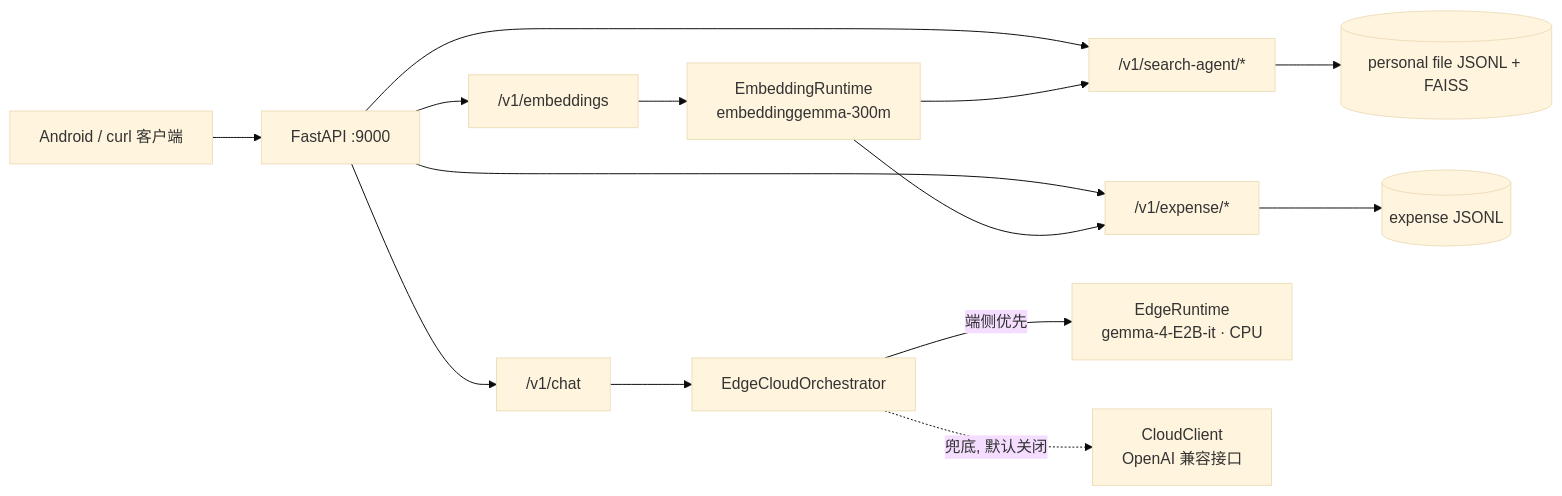
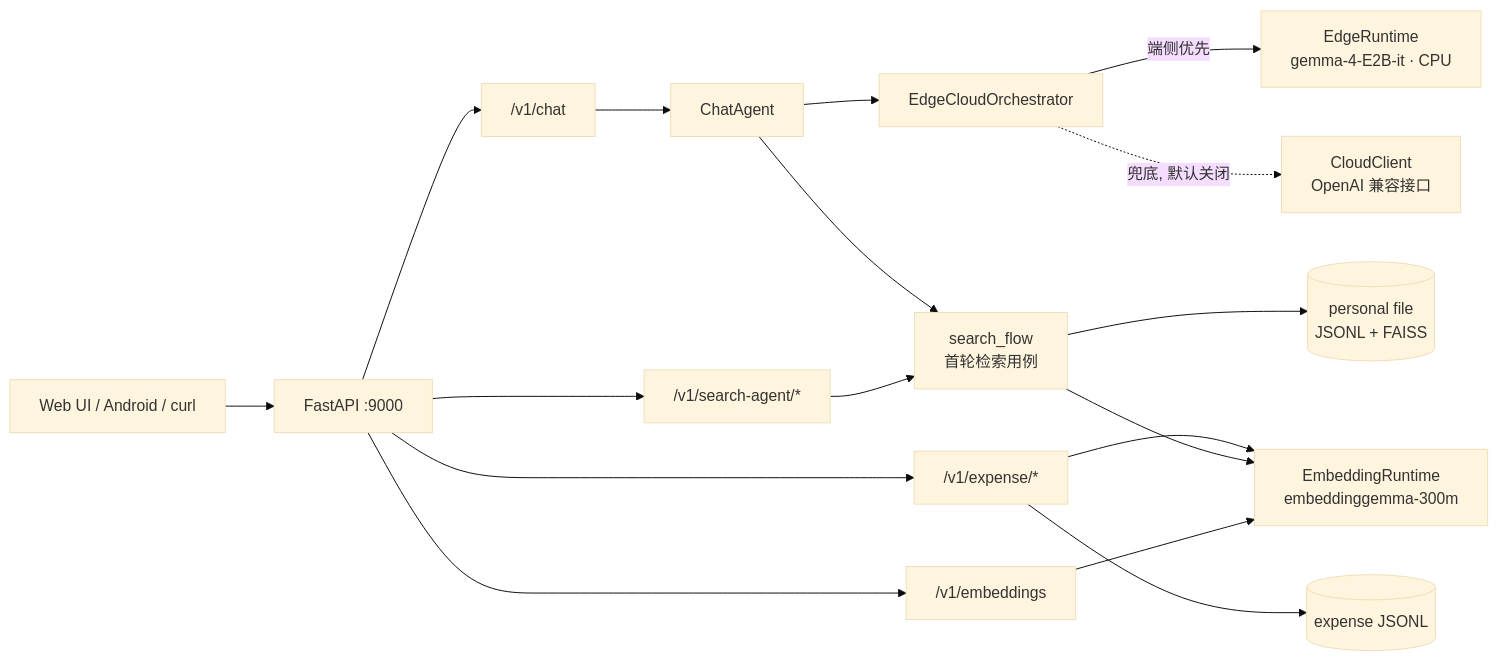
Before and after one commit to 918822019/On-Device-File-Assistant: the first of 2 diagrams in README.md, drawn with Mermaid (base theme). The commit also changed other lines of this file and 2 other files, not shown here.

````diff
--- a/README.md
+++ b/README.md
@@ -81,18 +117,22 @@
 ```mermaid
 flowchart LR
-  C["Android / curl 客户端"] --> API["FastAPI :9000"]
+  C["Web UI / Android / curl"] --> API["FastAPI :9000"]
   API --> CHAT["/v1/chat"]
   API --> EMB["/v1/embeddings"]
   API --> EXP["/v1/expense/*"]
   API --> PSA["/v1/search-agent/*"]
 
-  CHAT --> ORCH["EdgeCloudOrchestrator"]
+  CHAT --> AG["ChatAgent"]
+  AG --> ORCH["EdgeCloudOrchestrator"]
   ORCH -->|"端侧优先"| EDGE["EdgeRuntime<br/>gemma-4-E2B-it · CPU"]
   ORCH -.->|"兜底, 默认关闭"| CLOUD["CloudClient<br/>OpenAI 兼容接口"]
 
+  PSA --> SF["search_flow<br/>首轮检索用例"]
+  AG --> SF
+  SF --> PSDB[("personal file<br/>JSONL + FAISS")]
+  EXP --> EXPDB[("expense JSONL")]
+
   EMB --> EMBR["EmbeddingRuntime<br/>embeddinggemma-300m"]
-  EXP --> EXPDB[("expense JSONL")]
-  PSA --> PSDB[("personal file JSONL + FAISS")]
-  EMBR --> PSA
-  EMBR --> EXP
+  SF --> EMBR
+  EXP --> EMBR
 ```
````
